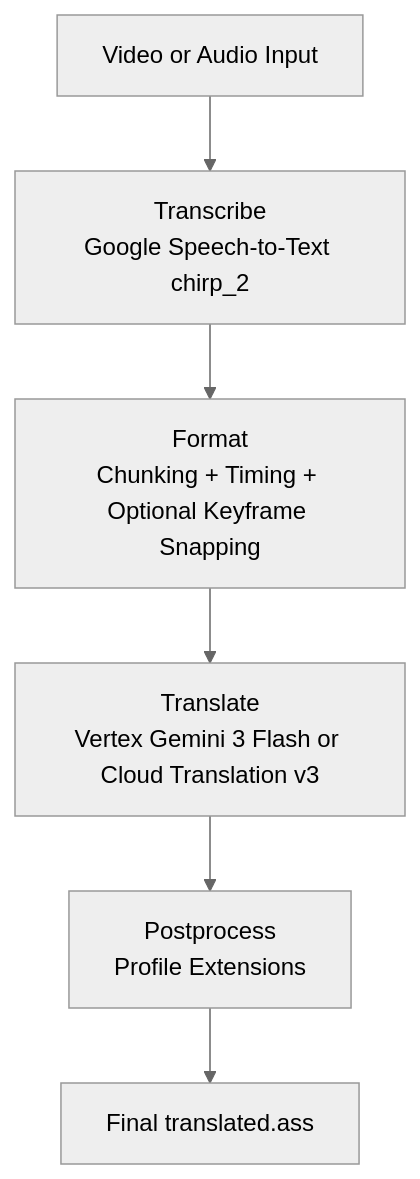
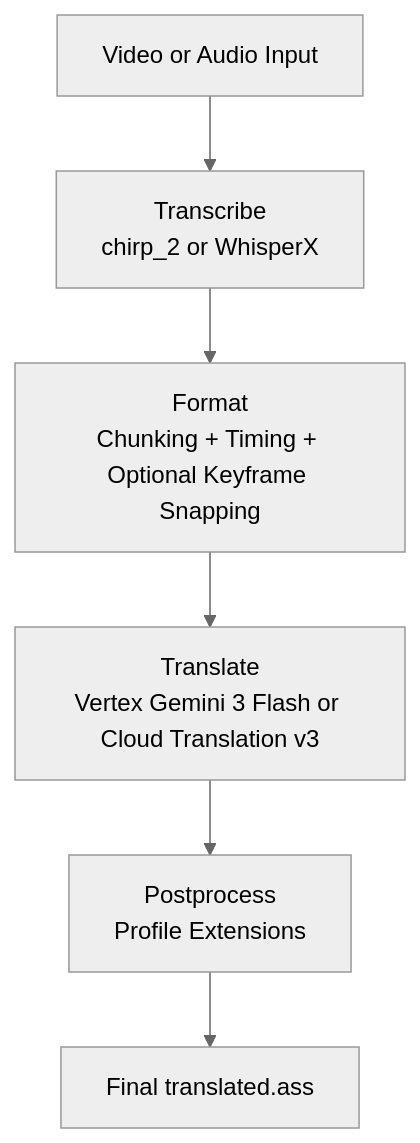
One commit to mting314/autosub changed the diagram in README.md. Above: the diagram before and after it, drawn with Mermaid (neutral theme). The commit also changed other lines of this file and 10 other files, not shown here.

````diff
--- a/README.md
+++ b/README.md
@@ -14,8 +14,8 @@
 ```mermaid
 graph TD
-    A[Video or Audio Input] --> B[Transcribe<br/>Google Speech-to-Text chirp_2]
+    A[Video or Audio Input] --> B[Transcribe<br/>chirp_2 or WhisperX]
     B --> C[Format<br/>Chunking + Timing + Optional Keyframe Snapping]
     C --> D[Translate<br/>Vertex Gemini 3 Flash or Cloud Translation v3]
     D --> E[Postprocess<br/>Profile Extensions]
     E --> F[Final translated.ass]
 ```
````
